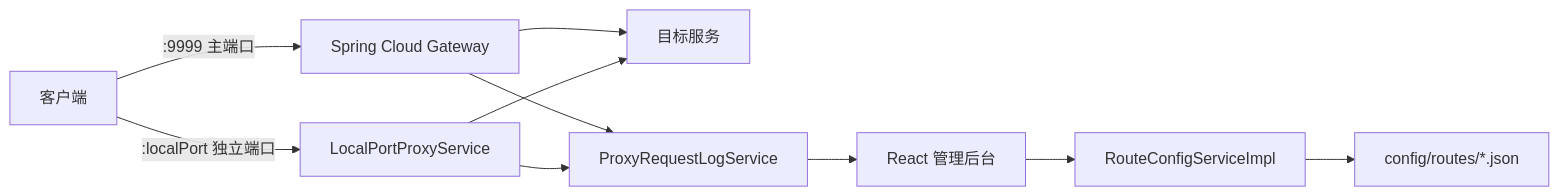
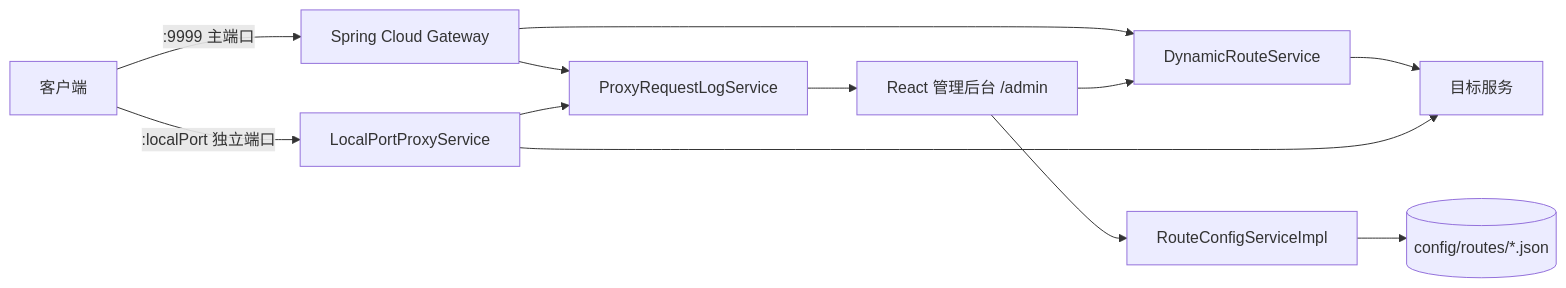
One commit to geek-xin/web-router changed the diagram in wiki/Home.md. Above: the diagram before and after it, drawn with Mermaid. The commit also changed other lines of this file and 10 other files, not shown here.

````diff
--- a/wiki/Home.md
+++ b/wiki/Home.md
@@ -57,12 +82,14 @@
 ```mermaid
 flowchart LR
     C["客户端"] -->|":9999 主端口"| G["Spring Cloud Gateway"]
     C -->|":localPort 独立端口"| L["LocalPortProxyService"]
-    G --> T["目标服务"]
+    G --> D["DynamicRouteService"]
+    D --> T["目标服务"]
     L --> T
     G --> R["ProxyRequestLogService"]
     L --> R
-    R --> A["React 管理后台"]
+    R --> A["React 管理后台 /admin"]
     A --> S["RouteConfigServiceImpl"]
-    S --> F["config/routes/*.json"]
+    S --> F[("config/routes/*.json")]
+    A --> D
 ```
````
